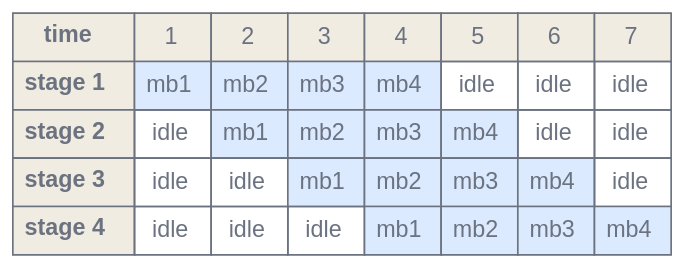
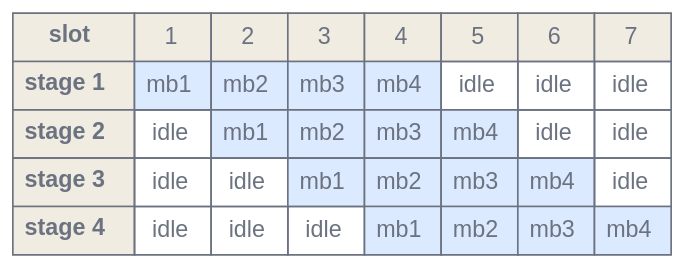
Before and after one commit to latere-ai/ai-as-an-infrastructure: the first of 4 diagrams in en/foundations/06-training-at-scale.qmd, drawn with Graphviz. The commit also changed other lines of this file and 12 other files, not shown here.

````diff
--- a/en/foundations/06-training-at-scale.qmd
+++ b/en/foundations/06-training-at-scale.qmd
@@ -64,18 +158,18 @@
 ```{dot}
 //| label: fig-training-bubble
-//| fig-cap: "Pipeline bubble over four stages and four micro-batches: the fill at the start and the drain at the end leave stages idle. After Huang et al., 2019."
+//| fig-cap: "One forward wave through four balanced pipeline stages. Colored cells are micro-batch work; blank cells are the fill and drain slots counted by the ideal GPipe bubble model. A full training schedule also sends activation gradients backward."
 digraph bubble {
   bgcolor="transparent";
   rankdir=LR;
   node [shape=plaintext, fontname="Helvetica", fontcolor="#6b7280"];
   t [label=<
     <table border="0" cellborder="1" cellspacing="0" cellpadding="6" color="#6b7280">
-      <tr><td bgcolor="#f1ece1"><b>time</b></td><td bgcolor="#f1ece1">1</td><td bgcolor="#f1ece1">2</td><td bgcolor="#f1ece1">3</td><td bgcolor="#f1ece1">4</td><td bgcolor="#f1ece1">5</td><td bgcolor="#f1ece1">6</td><td bgcolor="#f1ece1">7</td></tr>
+      <tr><td bgcolor="#f1ece1"><b>slot</b></td><td bgcolor="#f1ece1">1</td><td bgcolor="#f1ece1">2</td><td bgcolor="#f1ece1">3</td><td bgcolor="#f1ece1">4</td><td bgcolor="#f1ece1">5</td><td bgcolor="#f1ece1">6</td><td bgcolor="#f1ece1">7</td></tr>
       <tr><td bgcolor="#f1ece1"><b>stage 1</b></td><td bgcolor="#dbeafe">mb1</td><td bgcolor="#dbeafe">mb2</td><td bgcolor="#dbeafe">mb3</td><td bgcolor="#dbeafe">mb4</td><td>idle</td><td>idle</td><td>idle</td></tr>
       <tr><td bgcolor="#f1ece1"><b>stage 2</b></td><td>idle</td><td bgcolor="#dbeafe">mb1</td><td bgcolor="#dbeafe">mb2</td><td bgcolor="#dbeafe">mb3</td><td bgcolor="#dbeafe">mb4</td><td>idle</td><td>idle</td></tr>
       <tr><td bgcolor="#f1ece1"><b>stage 3</b></td><td>idle</td><td>idle</td><td bgcolor="#dbeafe">mb1</td><td bgcolor="#dbeafe">mb2</td><td bgcolor="#dbeafe">mb3</td><td bgcolor="#dbeafe">mb4</td><td>idle</td></tr>
       <tr><td bgcolor="#f1ece1"><b>stage 4</b></td><td>idle</td><td>idle</td><td>idle</td><td bgcolor="#dbeafe">mb1</td><td bgcolor="#dbeafe">mb2</td><td bgcolor="#dbeafe">mb3</td><td bgcolor="#dbeafe">mb4</td></tr>
     </table>
   >];
 }
 ```
````
